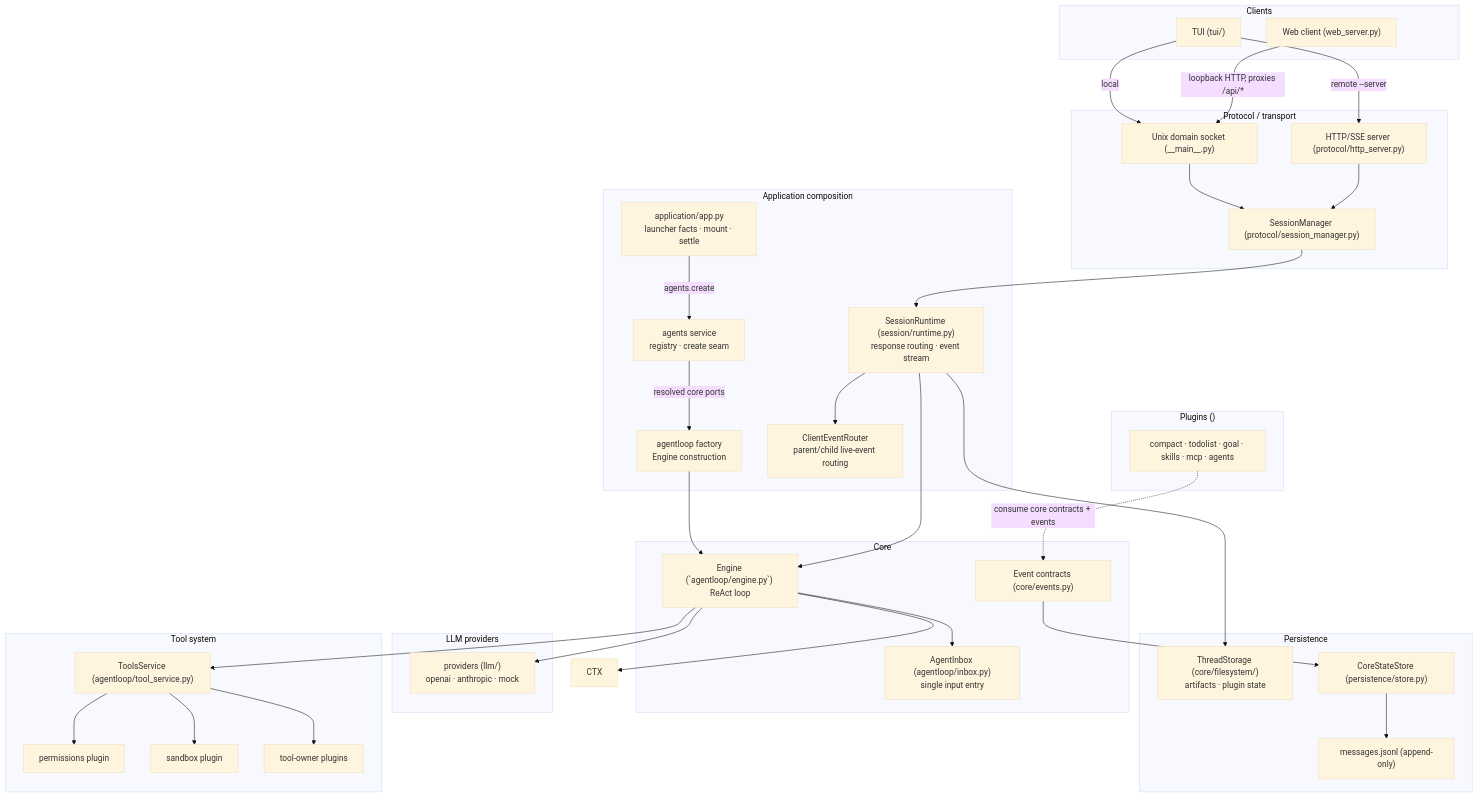
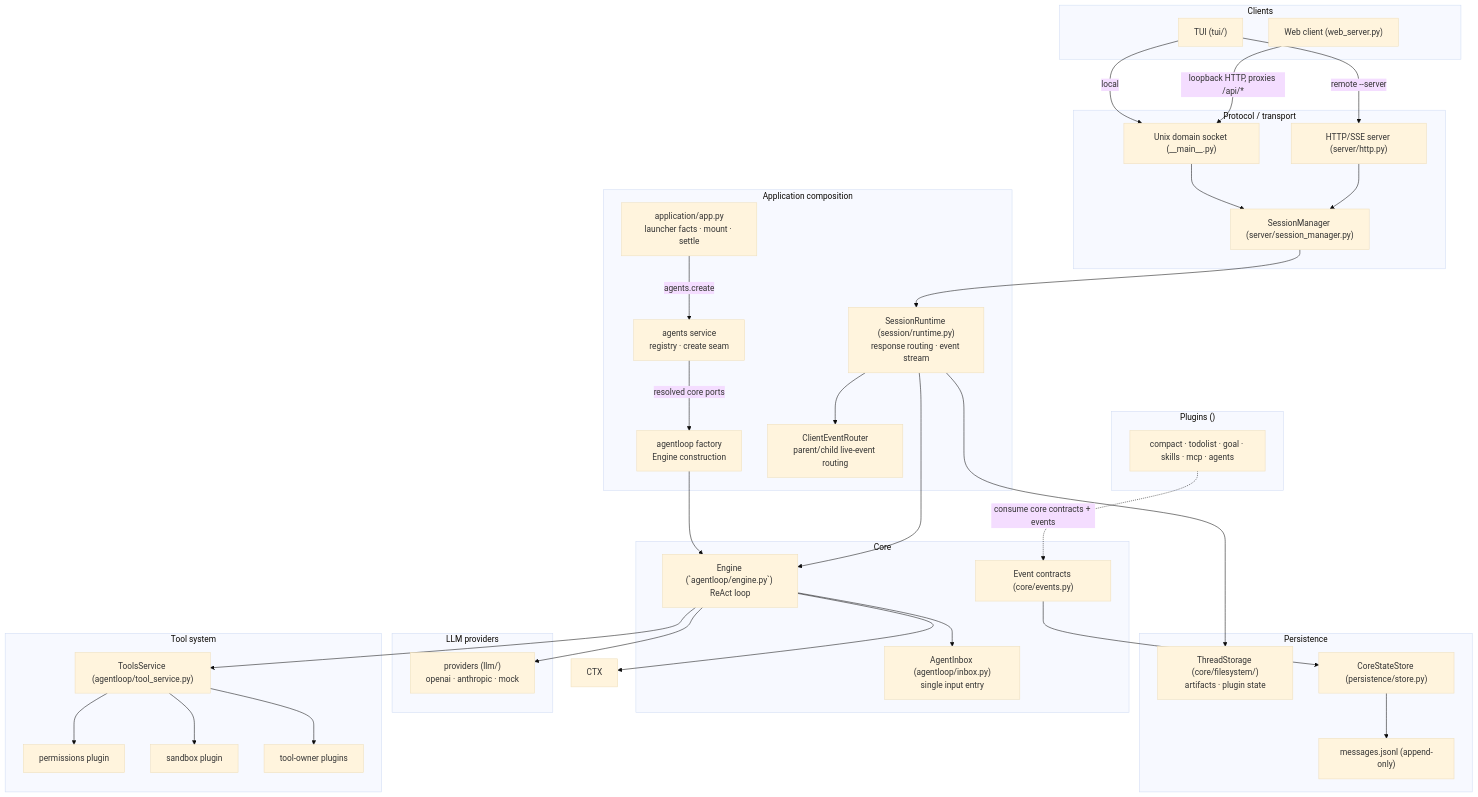
Before and after one commit to dukmu/XBot: the first of 2 diagrams in XBotv2/docs/architecture.md, drawn with Mermaid (base theme). The commit also changed other lines of this file and 112 other files, not shown here.

````diff
--- a/XBotv2/docs/architecture.md
+++ b/XBotv2/docs/architecture.md
@@ -25,71 +25,71 @@
 ```mermaid
 flowchart TB
     subgraph Clients
         TUI["TUI (tui/)"]
         WEB["Web client (web_server.py)"]
     end
 
     subgraph Transport["Protocol / transport"]
         UDS["Unix domain socket (__main__.py)"]
-        HTTP["HTTP/SSE server (protocol/http_server.py)"]
-        SCM["SessionManager (protocol/session_manager.py)"]
+        HTTP["HTTP/SSE server (server/http.py)"]
+        SCM["SessionManager (server/session_manager.py)"]
     end
 
     subgraph Core["Core"]
         ENG["Engine (`agentloop/engine.py`) ReAct loop"]
         IBX["AgentInbox (agentloop/inbox.py)<br/>single input entry"]
         EVT["Event contracts (core/events.py)"]
     end
 
     subgraph Application["Application composition"]
         APP["application/app.py<br/>launcher facts · mount · settle"]
         AGS["agents service<br/>registry · create seam"]
         FAC["agentloop factory<br/>Engine construction"]
         SRT["SessionRuntime (session/runtime.py)<br/>response routing · event stream"]
         CER["ClientEventRouter<br/>parent/child live-event routing"]
     end
 
     subgraph ToolsLayer["Tool system"]
         REG["ToolsService (agentloop/tool_service.py)"]
         PERM["permissions plugin"]
         SBX["sandbox plugin"]
         BT["tool-owner plugins"]
     end
 
     subgraph ProvidersLayer["LLM providers"]
         LLM["providers (llm/)<br/>openai · anthropic · mock"]
     end
 
     subgraph PersistenceLayer["Persistence"]
         STORAGE["ThreadStorage (core/filesystem/)<br/>artifacts · plugin state"]
         STORE["CoreStateStore (persistence/store.py)"]
         JRNL["messages.jsonl (append-only)"]
     end
 
     subgraph PluginsLayer["Plugins ()"]
         P["compact · todolist · goal · skills · mcp · agents"]
     end
 
     TUI -->|"local"| UDS
     TUI -->|"remote --server"| HTTP
     WEB -->|"loopback HTTP, proxies /api/*"| UDS
     UDS --> SCM
     HTTP --> SCM
     SCM --> SRT
     APP -->|"agents.create"| AGS
     AGS -->|"resolved core ports"| FAC
     FAC --> ENG
     SRT --> ENG
     SRT --> CER
     ENG --> CTX
     ENG --> IBX
     ENG --> REG
     REG --> PERM
     REG --> SBX
     REG --> BT
     ENG --> LLM
     SRT --> STORAGE
     EVT --> STORE
     STORE --> JRNL
     P -. "consume core contracts + events" .-> EVT
 ```
````
